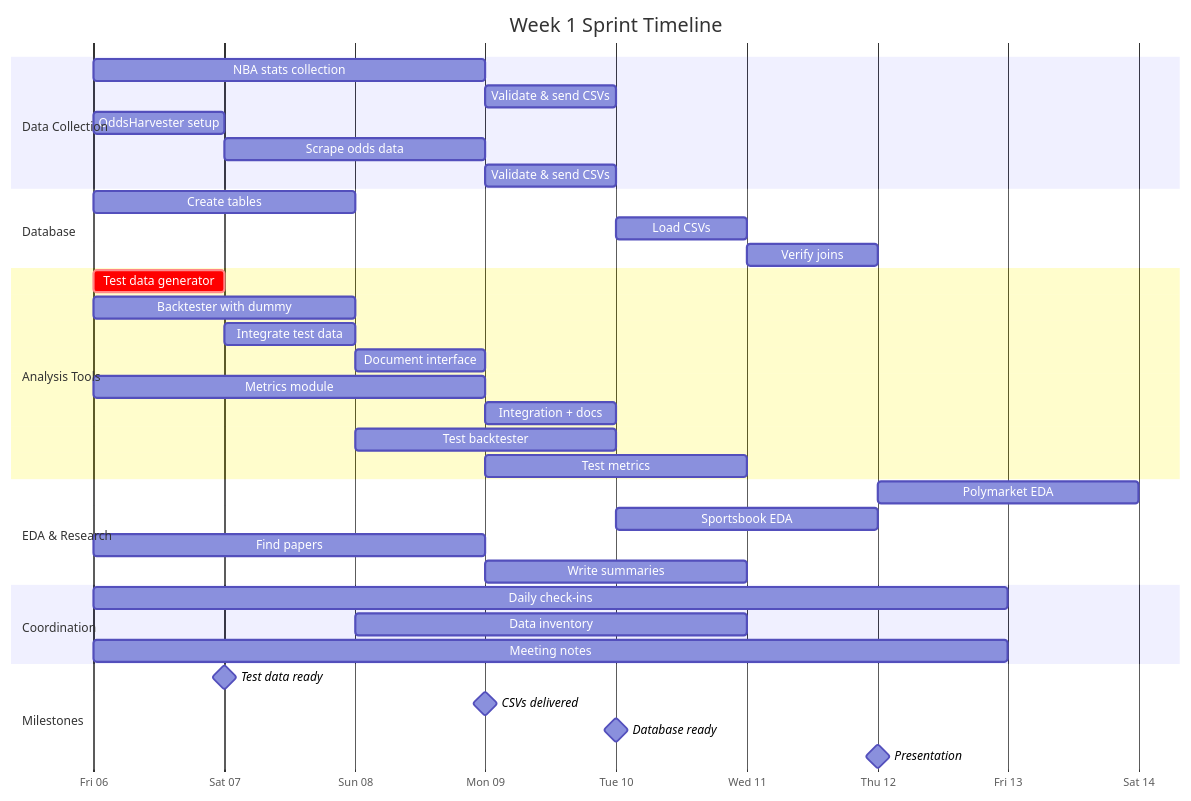
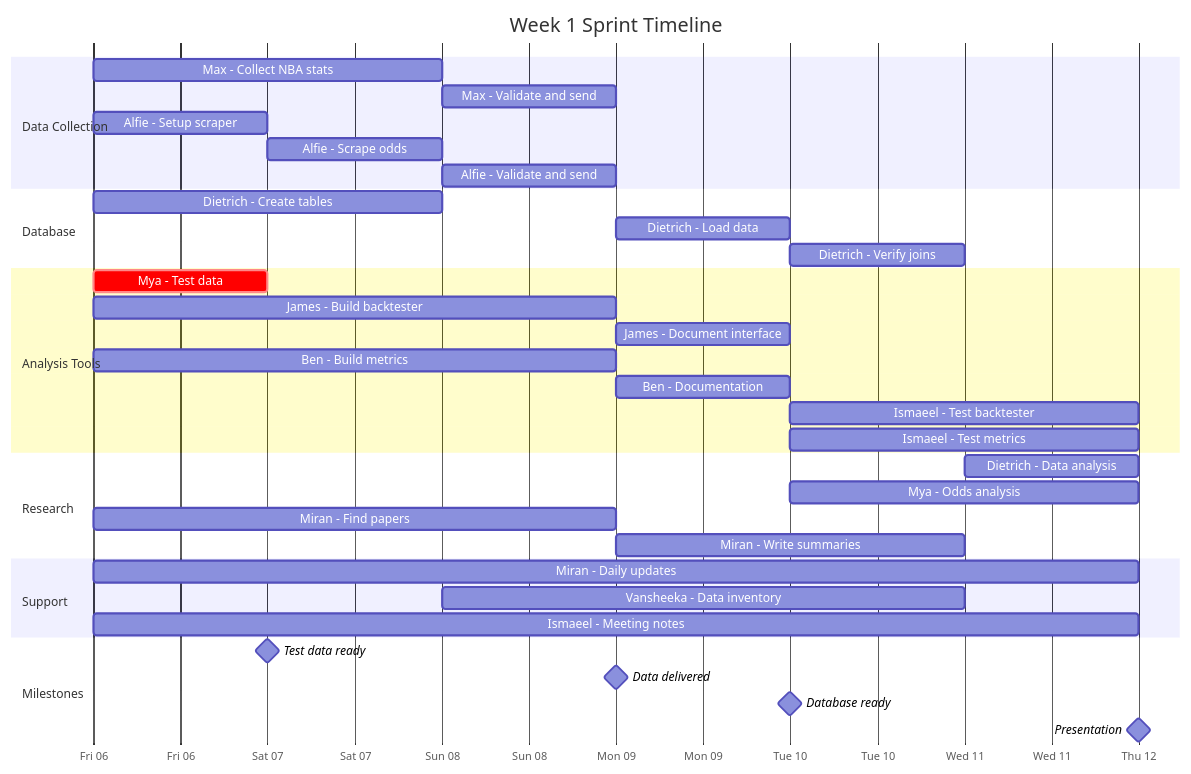
The second of 5 diagrams in team/CURRENT_WEEK.md (TanishqK27/CUIC_Sem2_Project), drawn with Mermaid before and after one commit.

Commit message:
fix: compress Gantt timeline to end by Thursday
- All tasks now complete by Thu Feb 12 (presentation)
- Removed EDA acronym - now says "Data analysis" / "Odds analysis"
- Added names to each task for clarity
- Shortened task durations to fit deadline

````diff
--- a/team/CURRENT_WEEK.md
+++ b/team/CURRENT_WEEK.md
@@ -46,45 +46,44 @@
 ```mermaid
 gantt
     title Week 1 Sprint Timeline
     dateFormat  YYYY-MM-DD
     axisFormat  %a %d
 
     section Data Collection
-    NBA stats collection       :max1, 2026-02-06, 3d
-    Validate & send CSVs       :max2, after max1, 1d
-    OddsHarvester setup        :alf1, 2026-02-06, 1d
-    Scrape odds data           :alf2, after alf1, 2d
-    Validate & send CSVs       :alf3, after alf2, 1d
+    Max - Collect NBA stats          :max1, 2026-02-06, 2d
+    Max - Validate and send          :max2, after max1, 1d
+    Alfie - Setup scraper            :alf1, 2026-02-06, 1d
+    Alfie - Scrape odds              :alf2, after alf1, 1d
+    Alfie - Validate and send        :alf3, after alf2, 1d
 
     section Database
-    Create tables              :diet1, 2026-02-06, 2d
-    Load CSVs                  :diet2, after max2, 1d
-    Verify joins               :diet3, after diet2, 1d
+    Dietrich - Create tables         :diet1, 2026-02-06, 2d
+    Dietrich - Load data             :diet2, 2026-02-09, 1d
+    Dietrich - Verify joins          :diet3, after diet2, 1d
 
     section Analysis Tools
-    Test data generator        :crit, mya1, 2026-02-06, 1d
-    Backtester with dummy      :jam1, 2026-02-06, 2d
-    Integrate test data        :jam2, after mya1, 1d
-    Document interface         :jam3, after jam2, 1d
-    Metrics module             :ben1, 2026-02-06, 3d
-    Integration + docs         :ben2, after ben1, 1d
-    Test backtester            :isa1, after jam2, 2d
-    Test metrics               :isa2, after ben1, 2d
+    Mya - Test data                  :crit, mya1, 2026-02-06, 1d
+    James - Build backtester         :jam1, 2026-02-06, 3d
+    James - Document interface       :jam3, after jam1, 1d
+    Ben - Build metrics              :ben1, 2026-02-06, 3d
+    Ben - Documentation              :ben2, after ben1, 1d
+    Ismaeel - Test backtester        :isa1, 2026-02-10, 2d
+    Ismaeel - Test metrics           :isa2, 2026-02-10, 2d
 
-    section EDA & Research
-    Polymarket EDA             :diet4, after diet3, 2d
-    Sportsbook EDA             :mya2, after alf3, 2d
-    Find papers                :mir1, 2026-02-06, 3d
-    Write summaries            :mir2, after mir1, 2d
+    section Research
+    Dietrich - Data analysis         :diet4, 2026-02-11, 1d
+    Mya - Odds analysis              :mya2, 2026-02-10, 2d
+    Miran - Find papers              :mir1, 2026-02-06, 3d
+    Miran - Write summaries          :mir2, after mir1, 2d
 
-    section Coordination
-    Daily check-ins            :mir3, 2026-02-06, 7d
-    Data inventory             :van1, 2026-02-08, 3d
-    Meeting notes              :isa3, 2026-02-06, 7d
+    section Support
+    Miran - Daily updates            :mir3, 2026-02-06, 6d
+    Vansheeka - Data inventory       :van1, 2026-02-08, 3d
+    Ismaeel - Meeting notes          :isa3, 2026-02-06, 6d
 
     section Milestones
-    Test data ready            :milestone, m1, 2026-02-07, 0d
-    CSVs delivered             :milestone, m2, 2026-02-09, 0d
-    Database ready             :milestone, m3, 2026-02-10, 0d
-    Presentation               :milestone, m4, 2026-02-12, 0d
+    Test data ready                  :milestone, m1, 2026-02-07, 0d
+    Data delivered                   :milestone, m2, 2026-02-09, 0d
+    Database ready                   :milestone, m3, 2026-02-10, 0d
+    Presentation                     :milestone, m4, 2026-02-12, 0d
 ```
````
